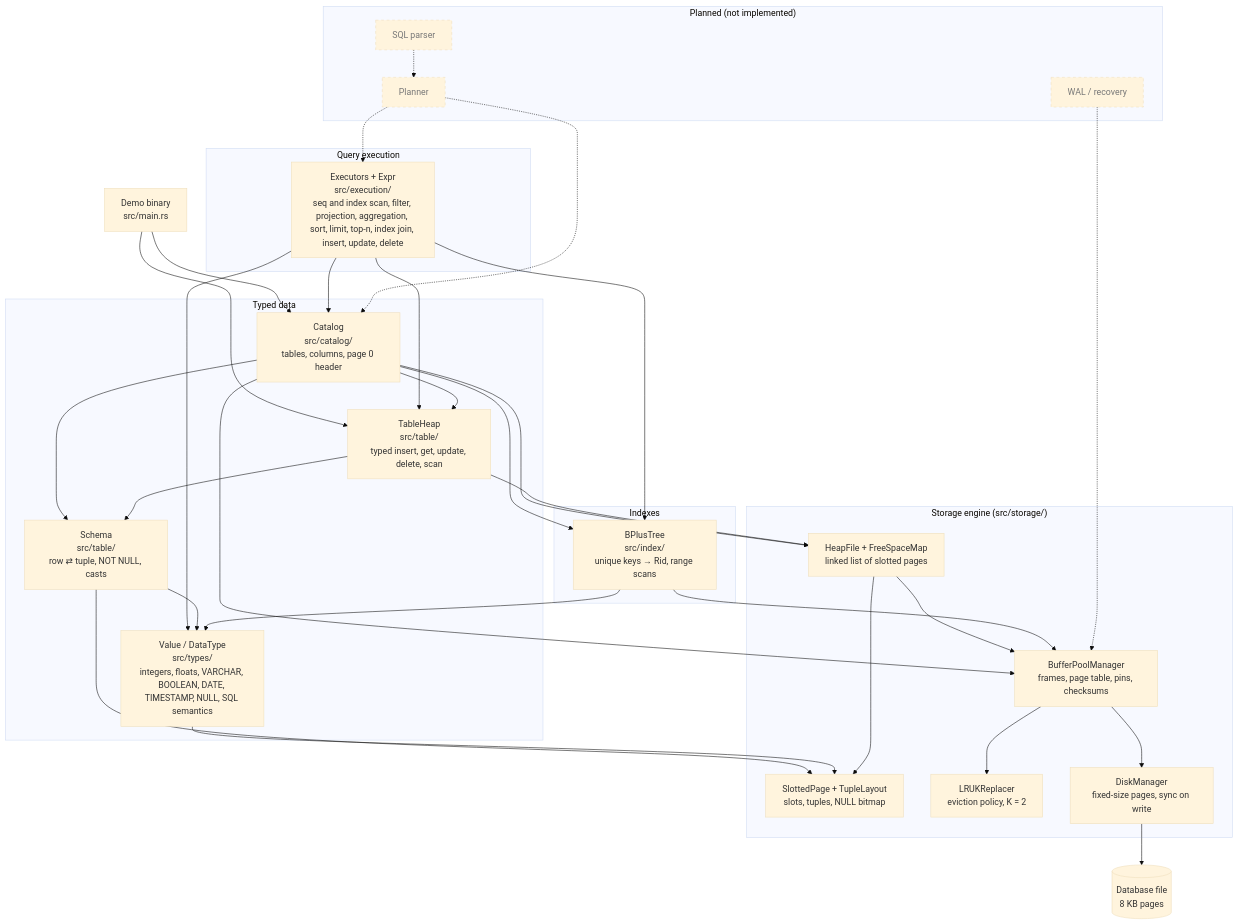
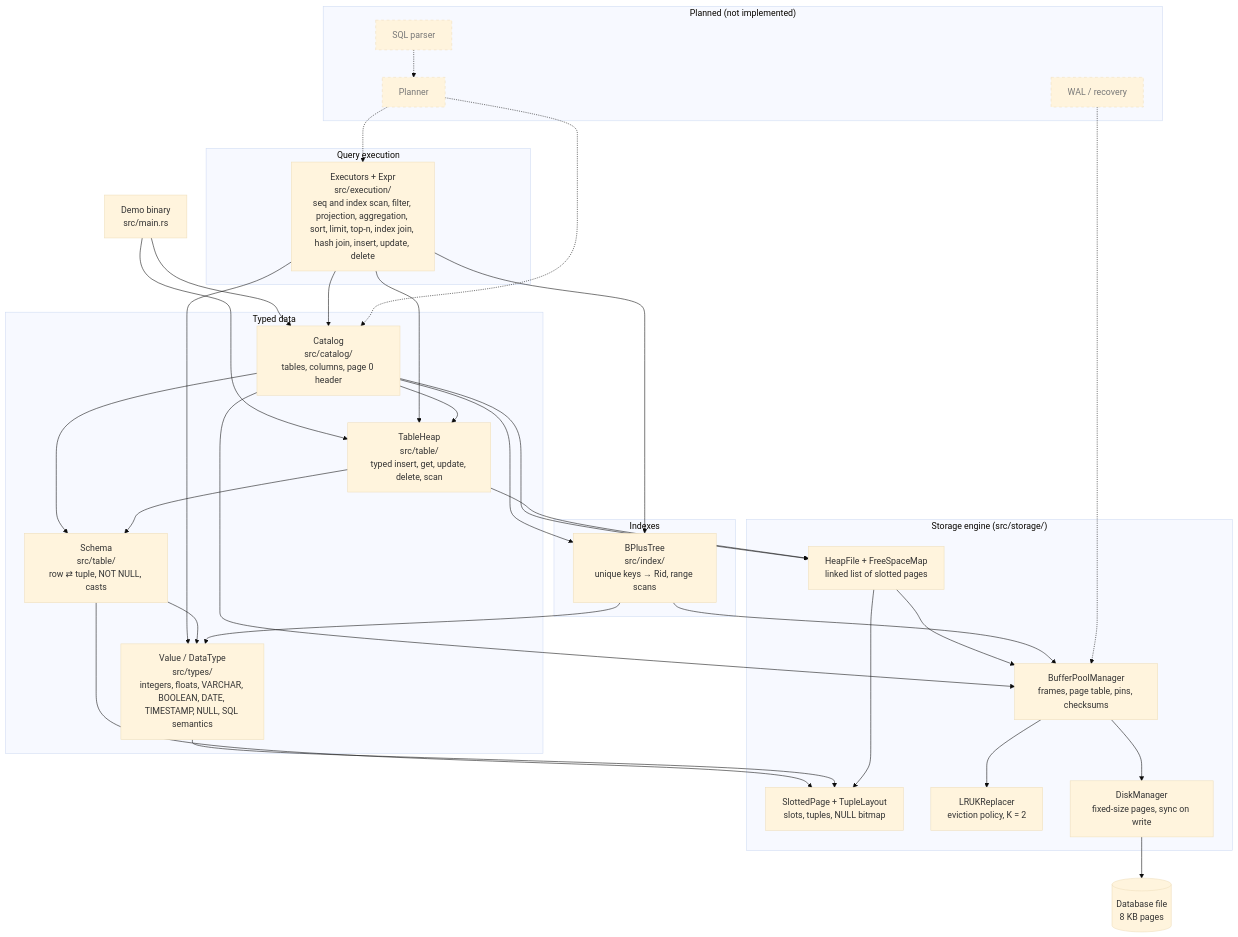
The diagram in docs/architecture.md (RodrigoGrz/ferro-db), drawn with Mermaid (base theme) before and after one commit. The commit also changed other lines of this file and 10 other files, not shown here.

First line of the commit message:
feat/hash-join

````diff
--- a/docs/architecture.md
+++ b/docs/architecture.md
@@ -9,66 +9,66 @@
 ```mermaid
 flowchart TD
     demo["Demo binary<br/>src/main.rs"]
 
     subgraph upper["Typed data"]
         catalog["Catalog<br/>src/catalog/<br/>tables, columns, page 0 header"]
         tableheap["TableHeap<br/>src/table/<br/>typed insert, get, update, delete, scan"]
         schema["Schema<br/>src/table/<br/>row ⇄ tuple, NOT NULL, casts"]
         types["Value / DataType<br/>src/types/<br/>integers, floats, VARCHAR, BOOLEAN, DATE, TIMESTAMP, NULL, SQL semantics"]
     end
 
     subgraph indexes["Indexes"]
         btree["BPlusTree<br/>src/index/<br/>unique keys → Rid, range scans"]
     end
 
     subgraph execution["Query execution"]
-        exec["Executors + Expr<br/>src/execution/<br/>seq and index scan, filter, projection, aggregation, sort, limit, top-n, index join, insert, update, delete"]
+        exec["Executors + Expr<br/>src/execution/<br/>seq and index scan, filter, projection, aggregation, sort, limit, top-n, index join, hash join, insert, update, delete"]
     end
 
     subgraph storage["Storage engine (src/storage/)"]
         heap["HeapFile + FreeSpaceMap<br/>linked list of slotted pages"]
         slotted["SlottedPage + TupleLayout<br/>slots, tuples, NULL bitmap"]
         bpm["BufferPoolManager<br/>frames, page table, pins, checksums"]
         replacer["LRUKReplacer<br/>eviction policy, K = 2"]
         disk["DiskManager<br/>fixed-size pages, sync on write"]
     end
 
     file[("Database file<br/>8 KB pages")]
 
     demo --> catalog
     demo --> tableheap
     exec --> catalog
     exec --> tableheap
     exec --> btree
     exec --> types
     catalog --> tableheap
     catalog --> heap
     catalog --> schema
     tableheap --> schema
     tableheap --> heap
     schema --> types
     schema --> slotted
     types --> slotted
     heap --> slotted
     heap --> bpm
     catalog --> bpm
     catalog --> btree
     btree --> types
     btree --> bpm
     bpm --> replacer
     bpm --> disk
     disk --> file
 
     subgraph planned["Planned (not implemented)"]
         sql["SQL parser"]
         planner["Planner"]
         wal["WAL / recovery"]
     end
     sql -.-> planner
     planner -.-> exec
     planner -.-> catalog
     wal -.-> bpm
 
     classDef plannedNode stroke-dasharray: 5 5,color:#777
     class sql,planner,wal plannedNode
 ```
````
